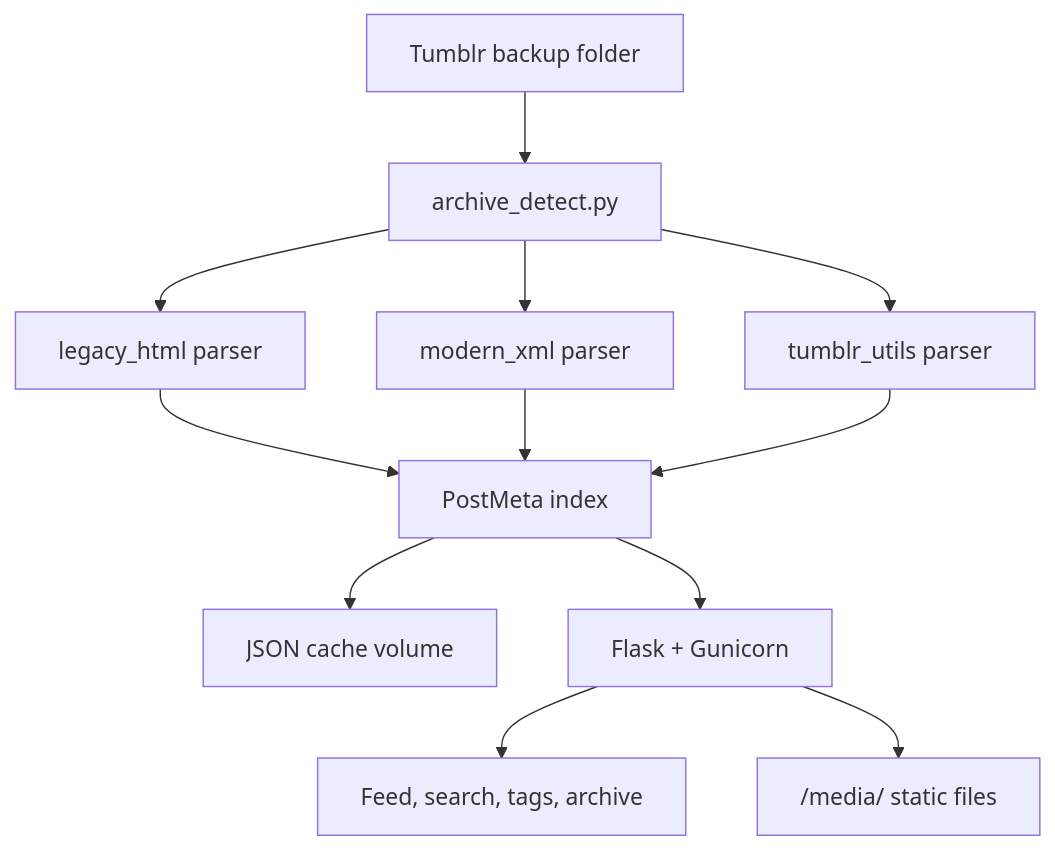
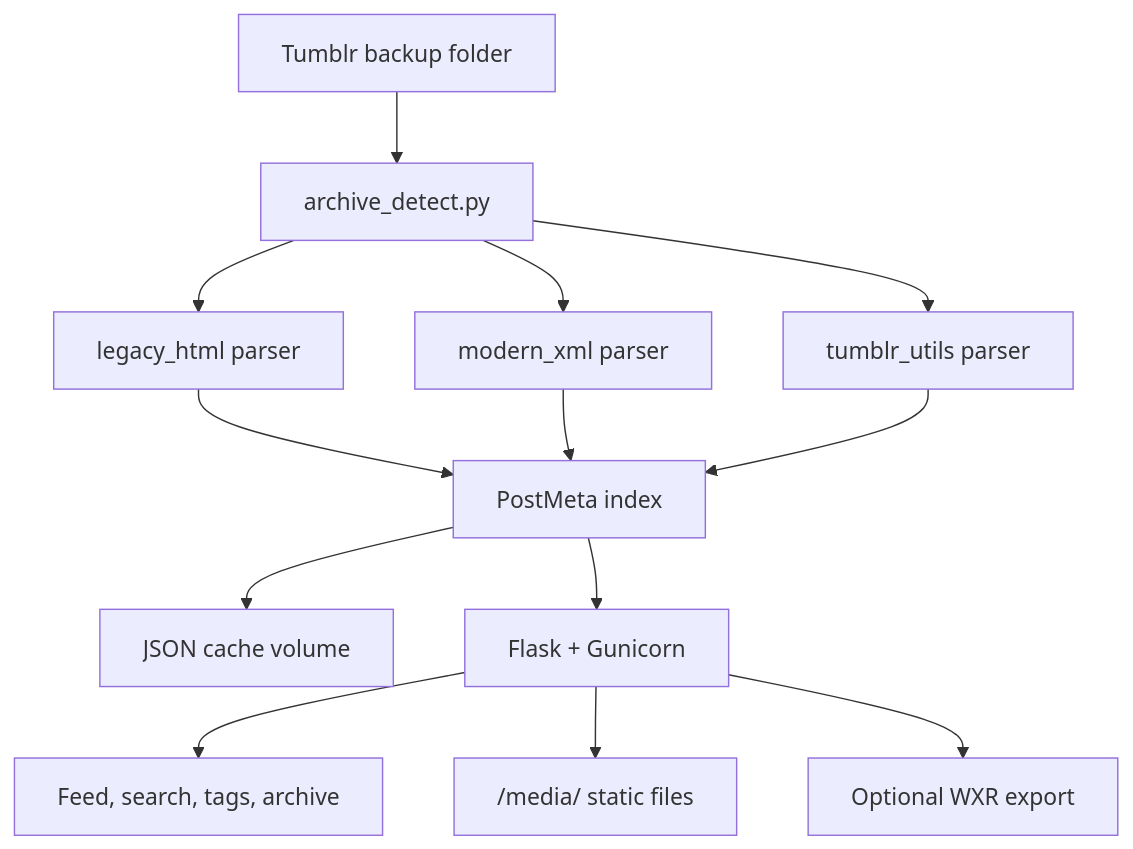
The diagram in README.md (trevoedwards/tumbl), drawn with Mermaid before and after one commit. The commit also changed other lines of this file and 10 other files, not shown here.

Commit message:
Add optional WordPress WXR export for offline Tumblr backups.

````diff
--- a/README.md
+++ b/README.md
@@ -65,14 +77,15 @@
 ```mermaid
 flowchart TD
     Archive["Tumblr backup folder"] --> Detect["archive_detect.py"]
     Detect --> Legacy["legacy_html parser"]
     Detect --> Modern["modern_xml parser"]
     Detect --> Utils["tumblr_utils parser"]
     Legacy --> Index["PostMeta index"]
     Modern --> Index
     Utils --> Index
     Index --> Cache["JSON cache volume"]
     Index --> Flask["Flask + Gunicorn"]
     Flask --> Feed["Feed, search, tags, archive"]
     Flask --> Media["/media/ static files"]
+    Flask --> WXR["Optional WXR export"]
 ```
````
